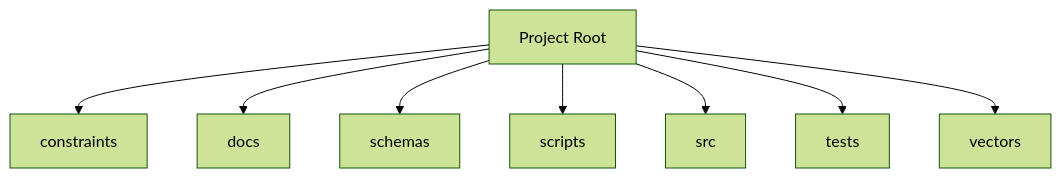
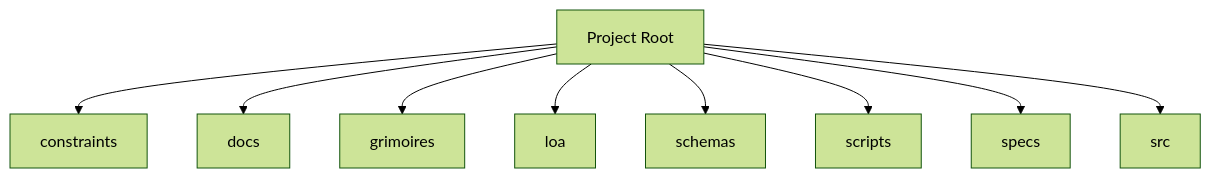
One commit to 0xHoneyJar/loa-hounfour changed the diagram in BUTTERFREEZONE.md. Above: the diagram before and after it, drawn with Mermaid (forest theme). The commit also changed other lines of this file and 12 other files, not shown here.

````diff
--- a/BUTTERFREEZONE.md
+++ b/BUTTERFREEZONE.md
@@ -31,18 +64,20 @@
 ```mermaid
 graph TD
     constraints[constraints]
     docs[docs]
+    grimoires[grimoires]
+    loa[loa]
     schemas[schemas]
     scripts[scripts]
+    specs[specs]
     src[src]
-    tests[tests]
-    vectors[vectors]
     Root[Project Root]
     Root --> constraints
     Root --> docs
+    Root --> grimoires
+    Root --> loa
     Root --> schemas
     Root --> scripts
+    Root --> specs
     Root --> src
-    Root --> tests
-    Root --> vectors
 ```
````
